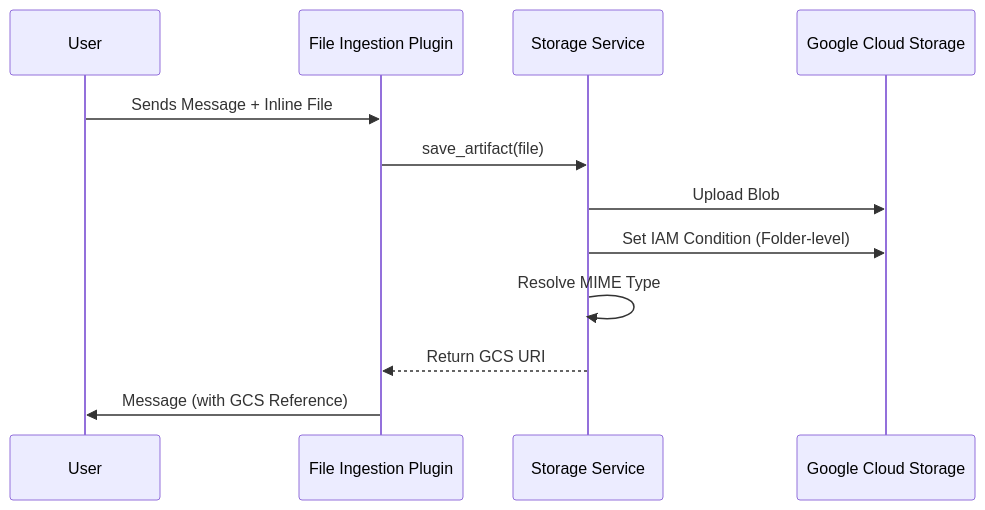
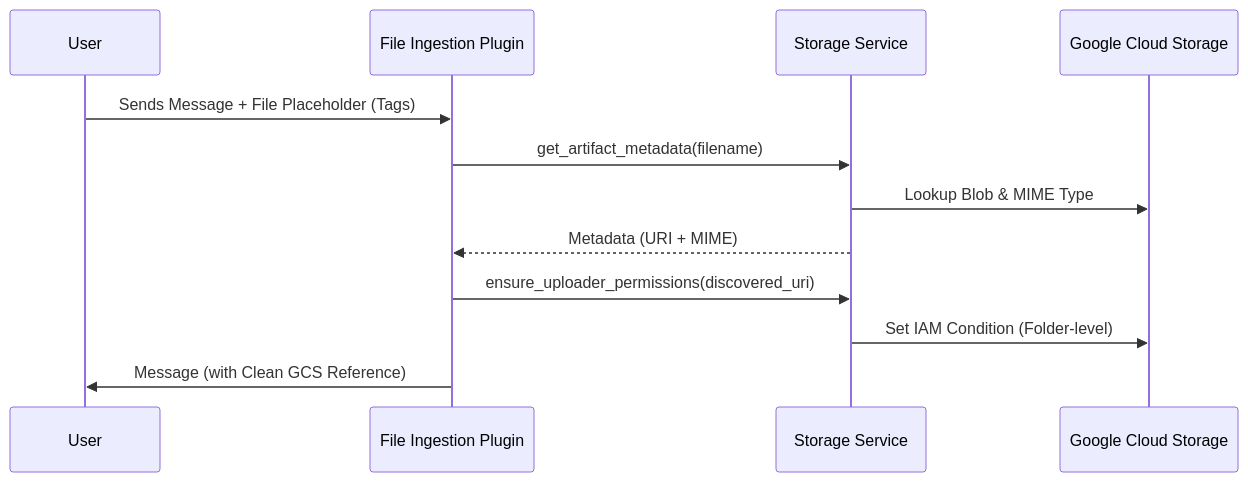
The diagram in docs/AI-Agent-Development/Storage-and-Ingestion-Architecture.md (eamadorm-endava/Research-Agent), drawn with Mermaid before and after one commit. The commit also changed other lines of this file and 3 other files, not shown here.

First line of the commit message:
docs: finalize storage and ingestion architecture documentation

````diff
--- a/docs/AI-Agent-Development/Storage-and-Ingestion-Architecture.md
+++ b/docs/AI-Agent-Development/Storage-and-Ingestion-Architecture.md
@@ -72,15 +78,15 @@
 ```mermaid
 sequenceDiagram
     participant User
     participant Plugin as File Ingestion Plugin
     participant Service as Storage Service
     participant GCS as Google Cloud Storage
 
-    User->>Plugin: Sends Message + Inline File
-    Plugin->>Service: save_artifact(file)
-    Service->>GCS: Upload Blob
+    User->>Plugin: Sends Message + File Placeholder (Tags)
+    Plugin->>Service: get_artifact_metadata(filename)
+    Service->>GCS: Lookup Blob & MIME Type
+    Service-->>Plugin: Metadata (URI + MIME)
+    Plugin->>Service: ensure_uploader_permissions(discovered_uri)
     Service->>GCS: Set IAM Condition (Folder-level)
-    Service->>Service: Resolve MIME Type
-    Service-->>Plugin: Return GCS URI
-    Plugin->>User: Message (with GCS Reference)
+    Plugin->>User: Message (with Clean GCS Reference)
 ```
````
